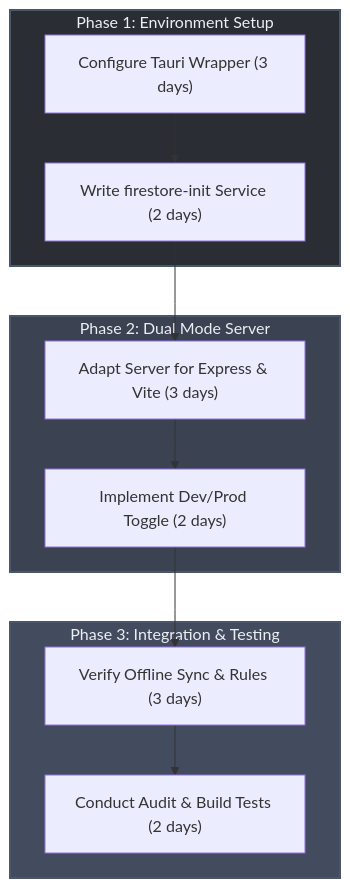
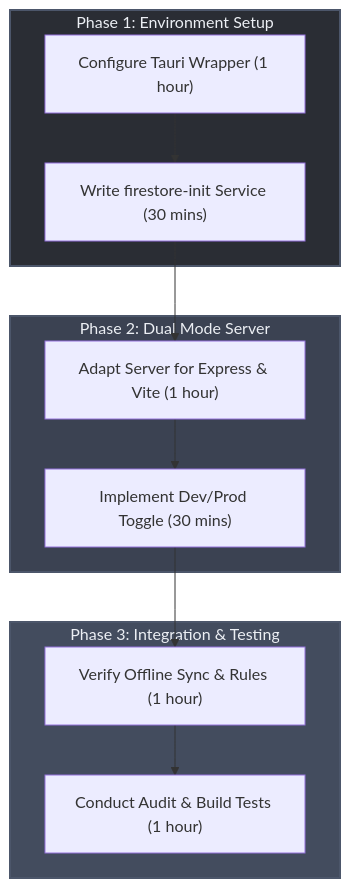
The second of 2 diagrams in docs/decisions/react_firestore_deployment_blueprint.md (gintatkinson/digital-pipeline-repo), drawn with Mermaid before and after one commit.

Commit message:
docs: adjust blueprint implementation action plan from days to hours

````diff
--- a/docs/decisions/react_firestore_deployment_blueprint.md
+++ b/docs/decisions/react_firestore_deployment_blueprint.md
@@ -258,16 +258,16 @@
 ```mermaid
 flowchart TD
     subgraph P1 ["Phase 1: Environment Setup"]
-        p1_1["Configure Tauri Wrapper (3 days)"] --> p1_2["Write firestore-init Service (2 days)"]
+        p1_1["Configure Tauri Wrapper (1 hour)"] --> p1_2["Write firestore-init Service (30 mins)"]
     end
     subgraph P2 ["Phase 2: Dual Mode Server"]
-        p1_2 --> p2_1["Adapt Server for Express & Vite (3 days)"] --> p2_2["Implement Dev/Prod Toggle (2 days)"]
+        p1_2 --> p2_1["Adapt Server for Express & Vite (1 hour)"] --> p2_2["Implement Dev/Prod Toggle (30 mins)"]
     end
     subgraph P3 ["Phase 3: Integration & Testing"]
-        p2_2 --> p3_1["Verify Offline Sync & Rules (3 days)"] --> p3_2["Conduct Audit & Build Tests (2 days)"]
+        p2_2 --> p3_1["Verify Offline Sync & Rules (1 hour)"] --> p3_2["Conduct Audit & Build Tests (1 hour)"]
     end
     
     style P1 fill:#2A2D34,stroke:#4C566A,stroke-width:2px,color:#ECEFF4
     style P2 fill:#3B4252,stroke:#4C566A,stroke-width:2px,color:#ECEFF4
     style P3 fill:#434C5E,stroke:#4C566A,stroke-width:2px,color:#ECEFF4
 ```
````
